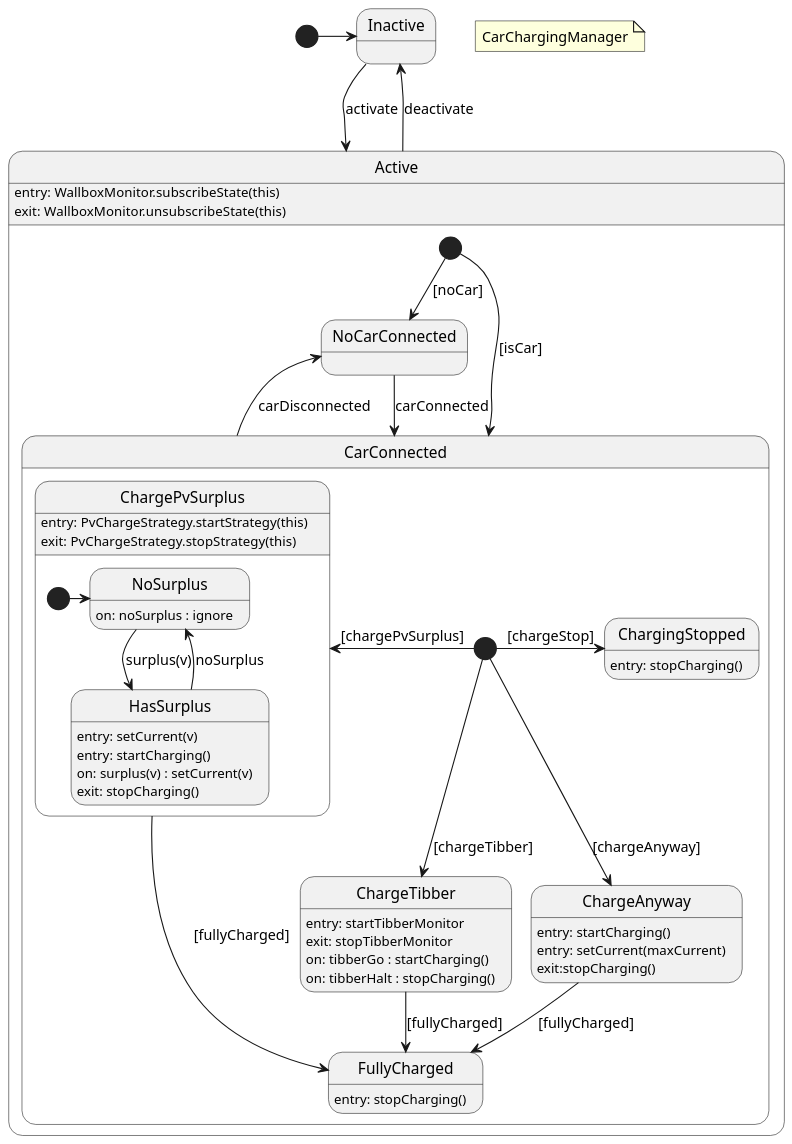
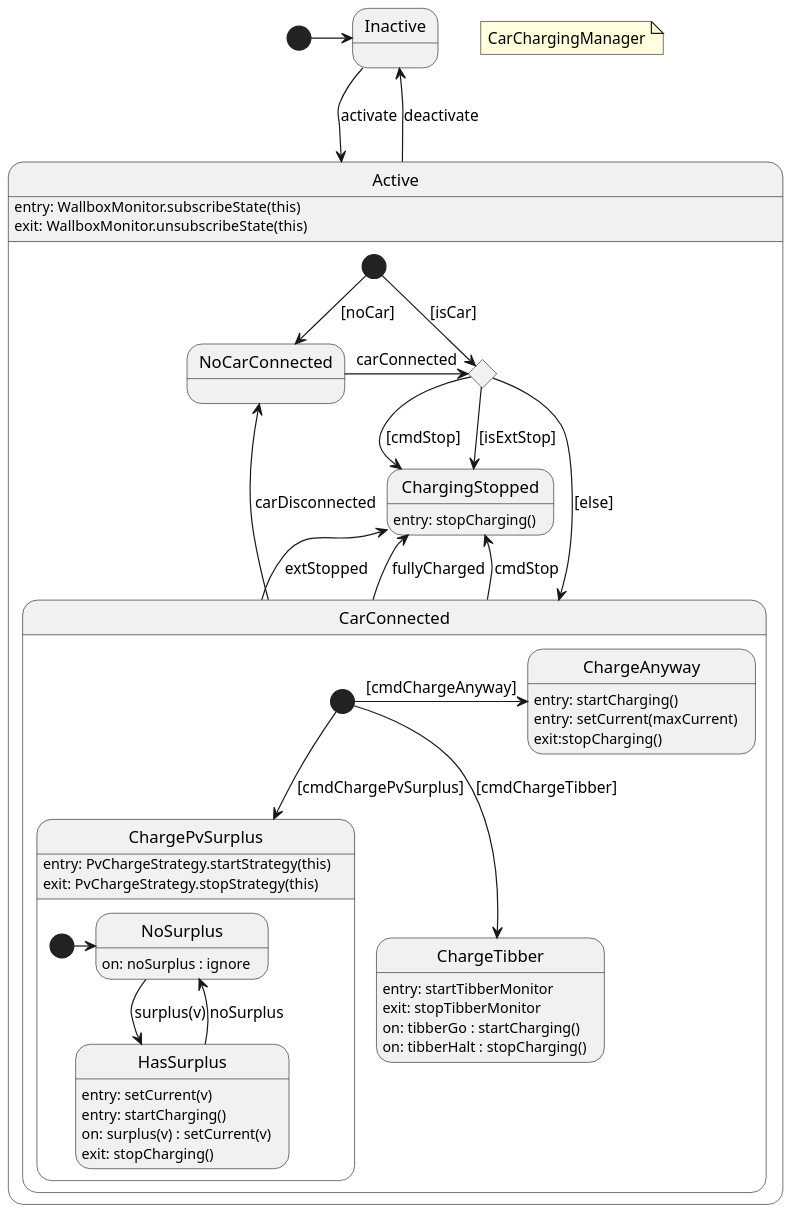
Before and after one commit to geobe/energyControl: the diagram in src/main/groovy/de/geobe/energy/automation/CarChargingManager.puml, drawn with PlantUML. The commit also changed 4 other files, not shown here.

Commit message:
work in progress: refactoring PvChargeStrategy, CarChargingManager

```diff
--- a/src/main/groovy/de/geobe/energy/automation/CarChargingManager.puml
+++ b/src/main/groovy/de/geobe/energy/automation/CarChargingManager.puml
@@ -1,92 +1,83 @@
 @startuml
 'https://plantuml.com/state-diagram
 
 scale 1000 width
 
 [*] -right-> iact
 
 state "Inactive" as iact
 state "Active" as act {
 
+    state cStop <<choice>>
 
-'    state "checkCar" as ccc <<choice>>
-'    [*] -right-> ccc : checkCar()
-    [*] --> nocl : [noCar]
-    [*] --> cl : [isCar]
+     [*] --> cStop : [isCar]
+     cStop --> xs : [cmdStop]
+     cStop --> xs : [isExtStop]
+     cStop --> ccon : [else]
+     [*] --> nocl : [noCar]
+
 
     act: entry: WallboxMonitor.subscribeState(this)
     act: exit: WallboxMonitor.unsubscribeState(this)
 
     state "NoCarConnected" as nocl {
 '      nocl: entry: cancelCharging()
     }
 
-    state "CarConnected" as cl {
-'      cl: entry: getChargeStrategy()
+    state "ChargingStopped" as xs
+        xs: entry: stopCharging()
 
-
-'       state "selectStrategy" as sst <<choice>>
-'       [*] -down-> sst : checkStrategy()
+    state "CarConnected" as ccon {
 
       state "ChargePvSurplus" as lps {
         lps: entry: PvChargeStrategy.startStrategy(this)
         lps: exit: PvChargeStrategy.stopStrategy(this)
 
         state "HasSurplus" as has {
             has: entry: setCurrent(v)
             has: entry: startCharging()
             has: on: surplus(v) : setCurrent(v)
             has: exit: stopCharging()
         }
 
         state "NoSurplus" as nos {
           nos: on: noSurplus : ignore
         }
 
         state lpstart <<start>>
       }
       nos -down-> has : surplus(v)
       has -up-> nos : noSurplus
       lpstart -right-> nos
 
       state "ChargeTibber" as lt {
       lt: entry: startTibberMonitor
       lt: exit: stopTibberMonitor
       lt: on: tibberGo : startCharging()
       lt: on: tibberHalt : stopCharging()
       }
 
       state "ChargeAnyway" as la {
         la: entry: startCharging()
         la: entry: setCurrent(maxCurrent)
         la: exit:stopCharging()
       }
 
-      state "ChargingStopped" as ls {
-        ls: entry: stopCharging()
-      }
-
-      state "FullyCharged" as fc
-      fc: entry: stopCharging()
-
-'      cl --> sst : chargeStrategyChanged : checkStrategy()
-      [*] -left-> lps : [chargePvSurplus]
-      [*] -right-> ls : [chargeStop]
-      [*] --> lt : [chargeTibber]
-      [*] --> la : [chargeAnyway]
-      lps --> fc : [fullyCharged]
-      lt --> fc : [fullyCharged]
-      la --> fc : [fullyCharged]
+      ccon --> xs : cmdStop
+      [*] -down-> lps : [cmdChargePvSurplus]
+      [*] --> lt : [cmdChargeTibber]
+      [*] -right-> la : [cmdChargeAnyway]
     }
 
 }
-cl -up-> nocl : carDisconnected
+ccon -up-> nocl : carDisconnected
+ccon -up-> xs : extStopped
+ccon -up-> xs : fullyCharged
 
-nocl -down-> cl : carConnected
+nocl -right-> cStop : carConnected
 iact -down-> act : activate
 act -up-> iact : deactivate
-'act --> ccc : carChange
 
 note "CarChargingManager" as N1
 
 @enduml
```
